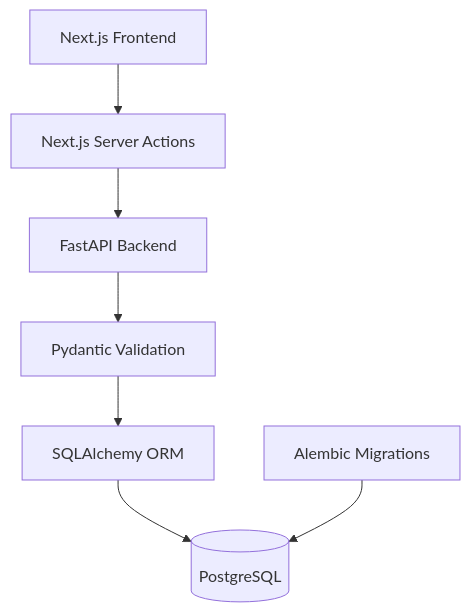
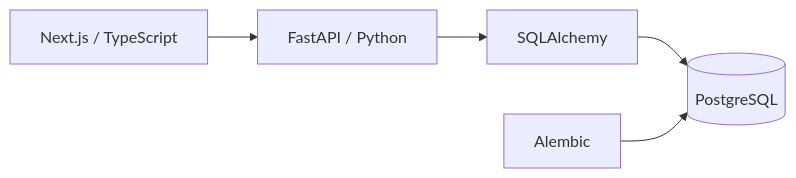
The diagram in README.md (danielguillaumont/case-zero), drawn with Mermaid before and after one commit. The commit also changed other lines of this file, not shown here.

````diff
--- a/README.md
+++ b/README.md
@@ -235,17 +101,13 @@
 ```mermaid
-flowchart TD
-    UI["Next.js Frontend"]
-    ACTIONS["Next.js Server Actions"]
-    API["FastAPI Backend"]
-    VALIDATION["Pydantic Validation"]
-    ORM["SQLAlchemy ORM"]
+flowchart LR
+    UI["Next.js / TypeScript"]
+    API["FastAPI / Python"]
+    ORM["SQLAlchemy"]
     DB[("PostgreSQL")]
-    MIG["Alembic Migrations"]
+    MIG["Alembic"]
 
-    UI --> ACTIONS
-    ACTIONS --> API
-    API --> VALIDATION
-    VALIDATION --> ORM
+    UI --> API
+    API --> ORM
     ORM --> DB
     MIG --> DB
 ```
````
